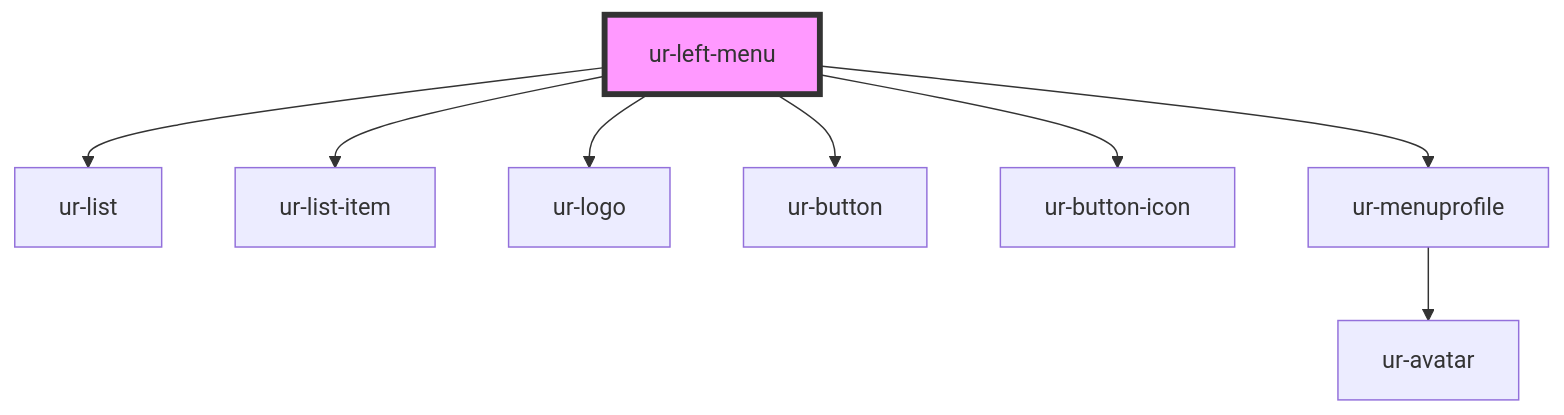
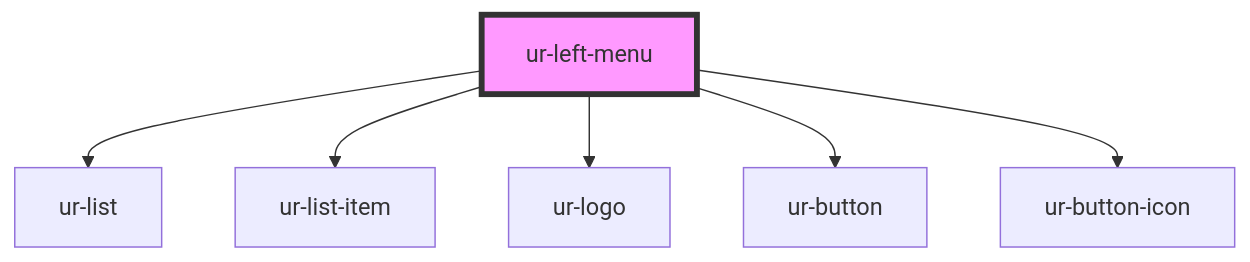
One commit to hellish/urnovl-web-components changed the diagram in src/components/ur-menu/readme.md. Above: the diagram before and after it, drawn with Mermaid. The commit also changed other lines of this file and 90 other files, not shown here.

````diff
--- a/src/components/ur-menu/readme.md
+++ b/src/components/ur-menu/readme.md
@@ -37,11 +36,9 @@
 ```mermaid
 graph TD;
   ur-left-menu --> ur-list
   ur-left-menu --> ur-list-item
   ur-left-menu --> ur-logo
   ur-left-menu --> ur-button
   ur-left-menu --> ur-button-icon
-  ur-left-menu --> ur-menuprofile
-  ur-menuprofile --> ur-avatar
   style ur-left-menu fill:#f9f,stroke:#333,stroke-width:4px
 ```
````
